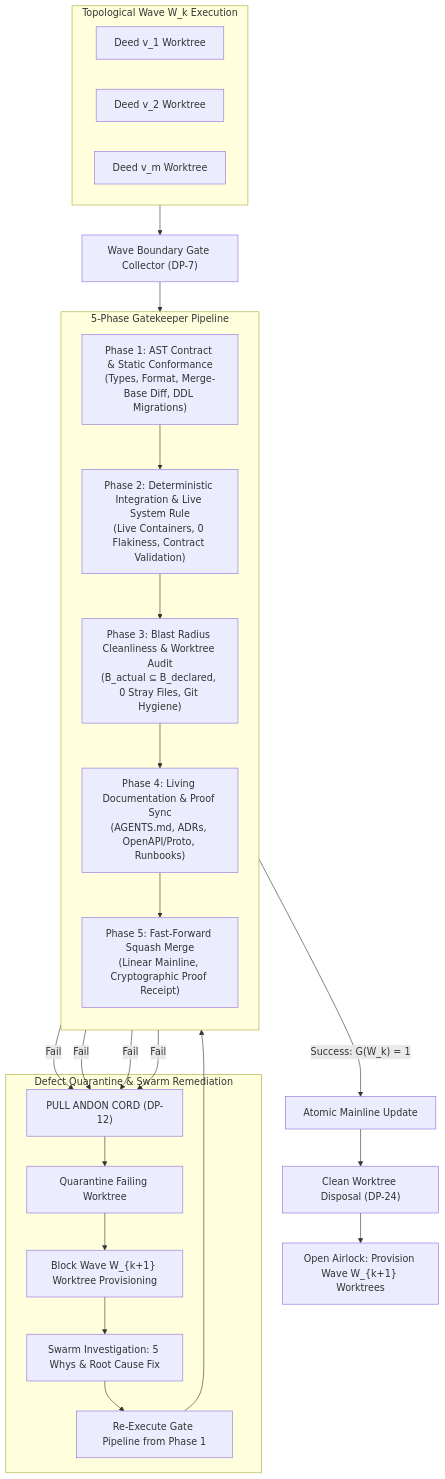
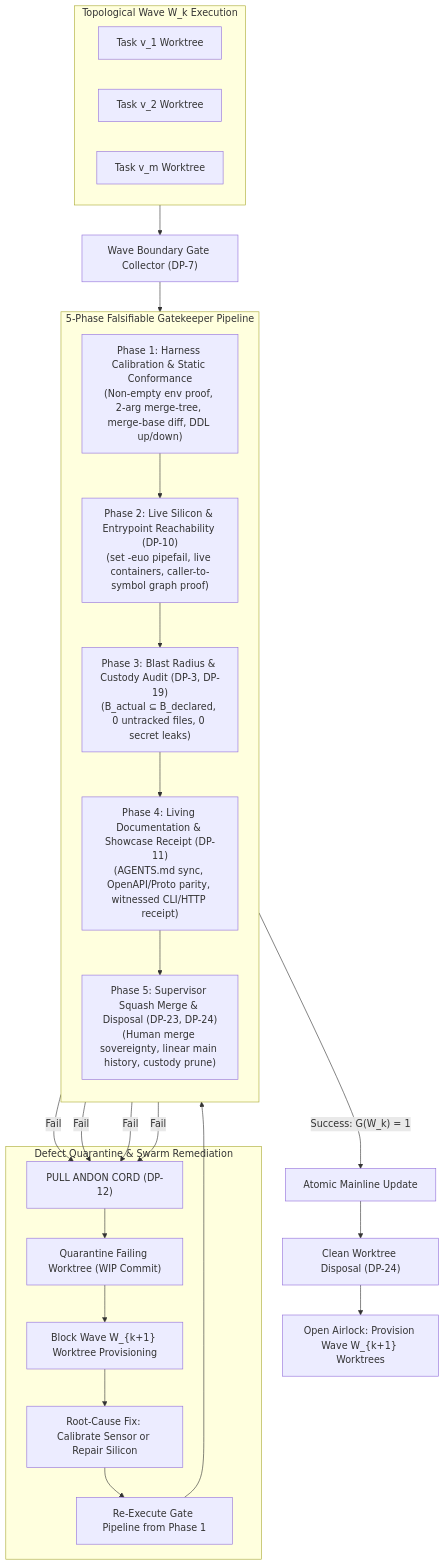
Before and after one commit to nwalker85/rdom-method: the diagram in docs/chapters/13-six-sigma-wave-boundary-gates.md, drawn with Mermaid. The commit also changed other lines of this file and 29 other files, not shown here.

````diff
--- a/docs/chapters/13-six-sigma-wave-boundary-gates.md
+++ b/docs/chapters/13-six-sigma-wave-boundary-gates.md
@@ -159,40 +163,40 @@
 ```mermaid
 flowchart TD
     subgraph WAVE_K["Topological Wave W_k Execution"]
-        T1["Deed v_1 Worktree"]
-        T2["Deed v_2 Worktree"]
-        T3["Deed v_m Worktree"]
+        T1["Task v_1 Worktree"]
+        T2["Task v_2 Worktree"]
+        T3["Task v_m Worktree"]
     end
 
     WAVE_K --> COLLECT["Wave Boundary Gate Collector (DP-7)"]
 
-    subgraph GATE["5-Phase Gatekeeper Pipeline"]
+    subgraph GATE["5-Phase Falsifiable Gatekeeper Pipeline"]
         direction TB
-        G1["Phase 1: AST Contract & Static Conformance\n(Types, Format, Merge-Base Diff, DDL Migrations)"]
-        G2["Phase 2: Deterministic Integration & Live System Rule\n(Live Containers, 0 Flakiness, Contract Validation)"]
-        G3["Phase 3: Blast Radius Cleanliness & Worktree Audit\n(B_actual ⊆ B_declared, 0 Stray Files, Git Hygiene)"]
-        G4["Phase 4: Living Documentation & Proof Sync\n(AGENTS.md, ADRs, OpenAPI/Proto, Runbooks)"]
-        G5["Phase 5: Fast-Forward Squash Merge\n(Linear Mainline, Cryptographic Proof Receipt)"]
+        G1["Phase 1: Harness Calibration & Static Conformance\n(Non-empty env proof, 2-arg merge-tree, merge-base diff, DDL up/down)"]
+        G2["Phase 2: Live Silicon & Entrypoint Reachability (DP-10)\n(set -euo pipefail, live containers, caller-to-symbol graph proof)"]
+        G3["Phase 3: Blast Radius & Custody Audit (DP-3, DP-19)\n(B_actual ⊆ B_declared, 0 untracked files, 0 secret leaks)"]
+        G4["Phase 4: Living Documentation & Showcase Receipt (DP-11)\n(AGENTS.md sync, OpenAPI/Proto parity, witnessed CLI/HTTP receipt)"]
+        G5["Phase 5: Supervisor Squash Merge & Disposal (DP-23, DP-24)\n(Human merge sovereignty, linear main history, custody prune)"]
 
         G1 --> G2 --> G3 --> G4 --> G5
     end
 
     COLLECT --> G1
 
     G1 -- Fail --> ANDON["PULL ANDON CORD (DP-12)"]
     G2 -- Fail --> ANDON
     G3 -- Fail --> ANDON
     G4 -- Fail --> ANDON
 
     subgraph CIRCUIT_BREAKER["Defect Quarantine & Swarm Remediation"]
-        ANDON --> QUARANTINE["Quarantine Failing Worktree"]
+        ANDON --> QUARANTINE["Quarantine Failing Worktree (WIP Commit)"]
         QUARANTINE --> HALT["Block Wave W_{k+1} Worktree Provisioning"]
-        HALT --> SWARM["Swarm Investigation: 5 Whys & Root Cause Fix"]
+        HALT --> SWARM["Root-Cause Fix: Calibrate Sensor or Repair Silicon"]
         SWARM --> REEXEC["Re-Execute Gate Pipeline from Phase 1"]
         REEXEC --> G1
     end
 
-    G5 -- Success: G(W_k) = 1 --> TRUNK["Atomic Mainline Update"]
+    G5 -- "Success: G(W_k) = 1" --> TRUNK["Atomic Mainline Update"]
     TRUNK --> DISPOSE["Clean Worktree Disposal (DP-24)"]
     DISPOSE --> PROVISION["Open Airlock: Provision Wave W_{k+1} Worktrees"]
 ```
````
